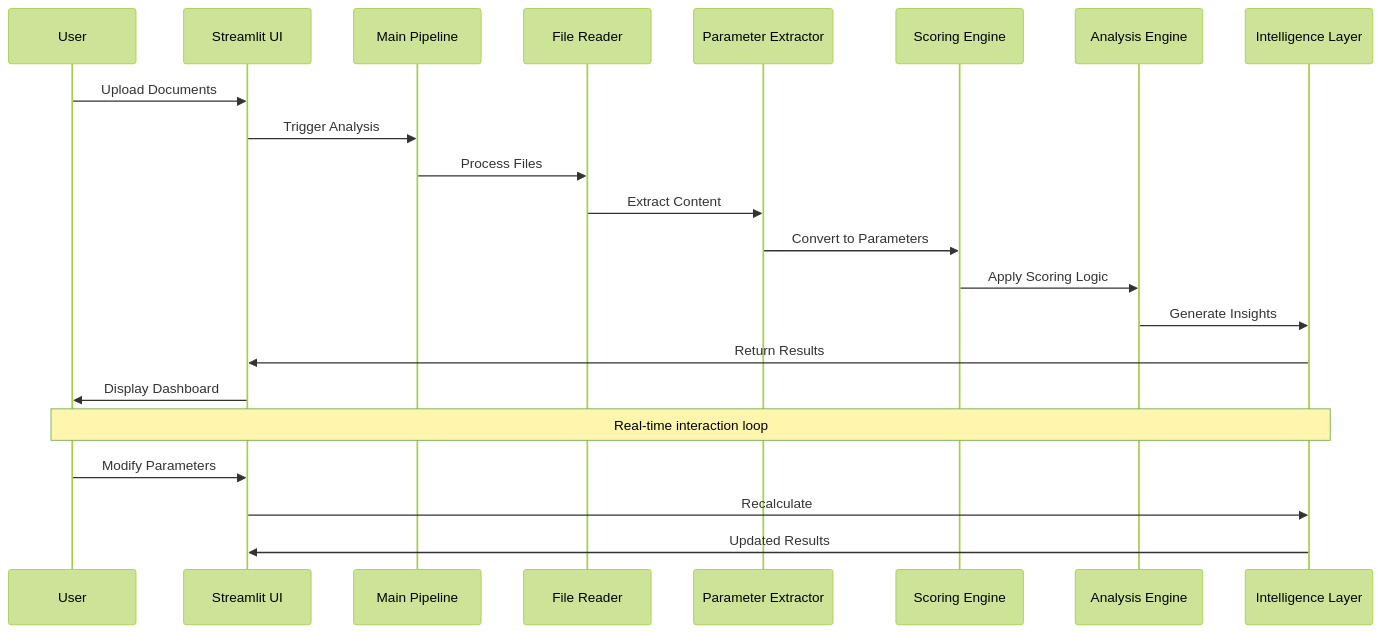
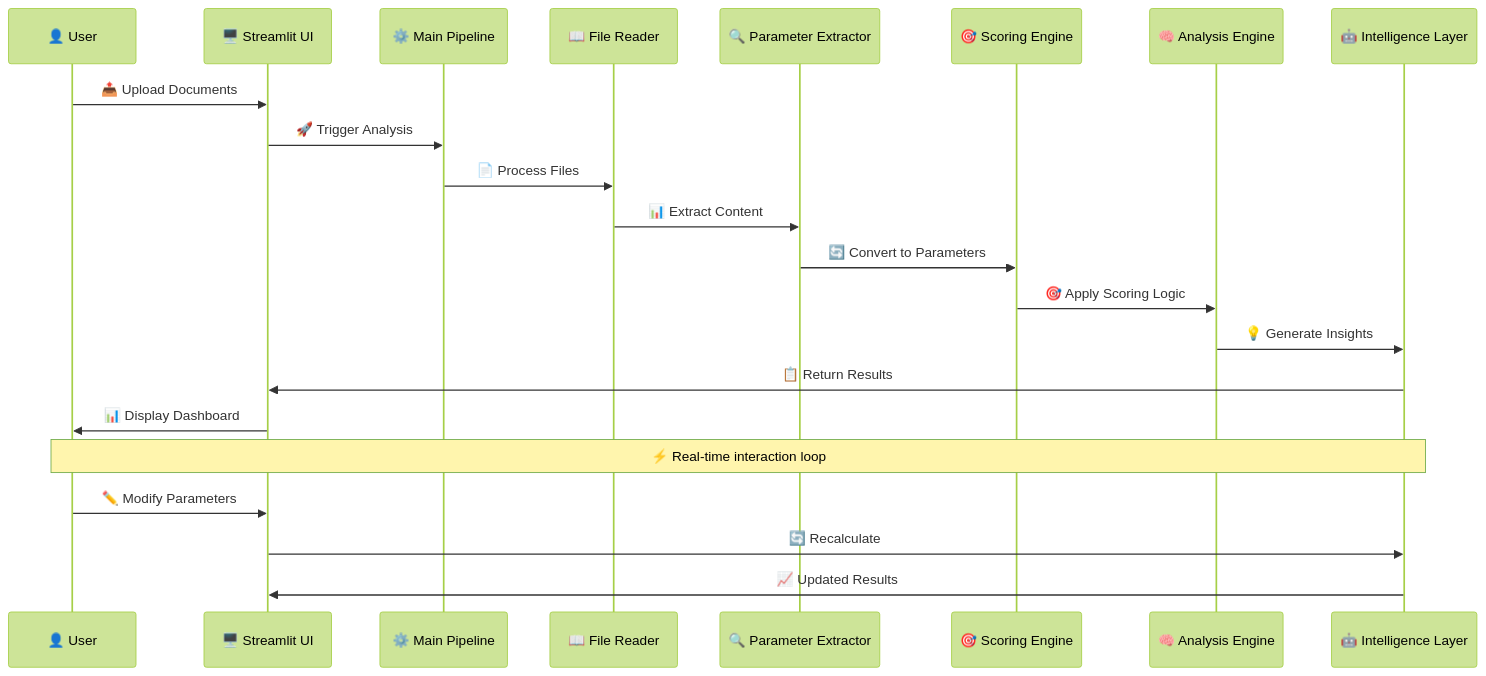
One commit to Pooja-Vishnoi/GenAI_Hackathon changed the sixth of 9 diagrams in README.md. Above: the diagram before and after it, drawn with Mermaid (forest theme). The commit also changed other lines of this file, not shown here.

````diff
--- a/README.md
+++ b/README.md
@@ -147,26 +155,26 @@
 ```mermaid
 sequenceDiagram
-    participant U as User
-    participant UI as Streamlit UI
-    participant P as Main Pipeline
-    participant FR as File Reader
-    participant E as Parameter Extractor
-    participant S as Scoring Engine
-    participant A as Analysis Engine
-    participant I as Intelligence Layer
+    participant U as 👤 User
+    participant UI as 🖥️ Streamlit UI
+    participant P as ⚙️ Main Pipeline
+    participant FR as 📖 File Reader
+    participant E as 🔍 Parameter Extractor
+    participant S as 🎯 Scoring Engine
+    participant A as 🧠 Analysis Engine
+    participant I as 🤖 Intelligence Layer
     
-    U->>UI: Upload Documents
-    UI->>P: Trigger Analysis
-    P->>FR: Process Files
-    FR->>E: Extract Content
-    E->>S: Convert to Parameters
-    S->>A: Apply Scoring Logic
-    A->>I: Generate Insights
-    I->>UI: Return Results
-    UI->>U: Display Dashboard
+    U->>UI: 📤 Upload Documents
+    UI->>P: 🚀 Trigger Analysis
+    P->>FR: 📄 Process Files
+    FR->>E: 📊 Extract Content
+    E->>S: 🔄 Convert to Parameters
+    S->>A: 🎯 Apply Scoring Logic
+    A->>I: 💡 Generate Insights
+    I->>UI: 📋 Return Results
+    UI->>U: 📊 Display Dashboard
     
-    Note over U,I: Real-time interaction loop
-    U->>UI: Modify Parameters
-    UI->>I: Recalculate
-    I->>UI: Updated Results
+    Note over U,I: ⚡ Real-time interaction loop
+    U->>UI: ✏️ Modify Parameters
+    UI->>I: 🔄 Recalculate
+    I->>UI: 📈 Updated Results
 ```
````
